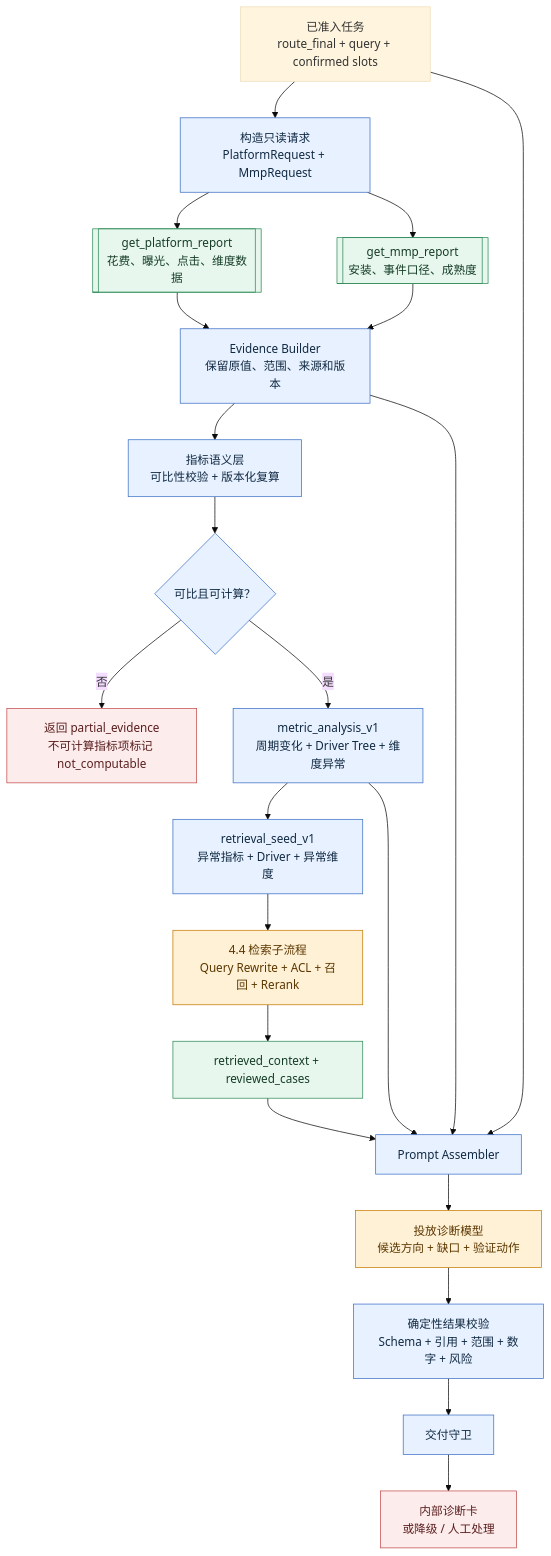
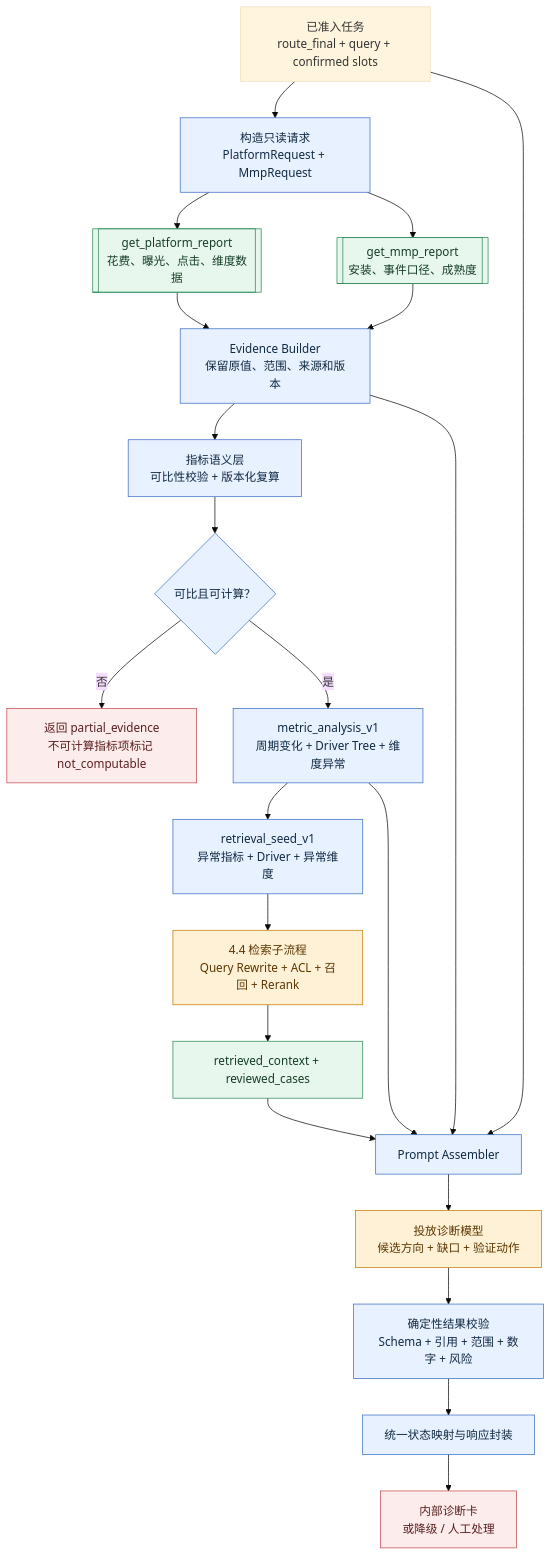
Before and after one commit to linkaka970105/ai-pm-adops-copilot: the sixth of 10 diagrams in 03_prd/adops_attribution_layered_prd_v5/00-ai-prd-full.md, drawn with Mermaid (base theme). The commit also changed other lines of this file and 3 other files, not shown here.

````diff
--- a/03_prd/adops_attribution_layered_prd_v5/00-ai-prd-full.md
+++ b/03_prd/adops_attribution_layered_prd_v5/00-ai-prd-full.md
@@ -932,32 +927,32 @@
 ```mermaid
 flowchart TD
   A["已准入任务<br/>route_final + query + confirmed slots"] --> B["构造只读请求<br/>PlatformRequest + MmpRequest"]
   B --> C1[["get_platform_report<br/>花费、曝光、点击、维度数据"]]
   B --> C2[["get_mmp_report<br/>安装、事件口径、成熟度"]]
   C1 --> D["Evidence Builder<br/>保留原值、范围、来源和版本"]
   C2 --> D
   D --> E["指标语义层<br/>可比性校验 + 版本化复算"]
   E --> F{"可比且可计算？"}
   F -->|否| F1["返回 partial_evidence<br/>不可计算指标项标记 not_computable"]
   F -->|是| G["metric_analysis_v1<br/>周期变化 + Driver Tree + 维度异常"]
   G --> H["retrieval_seed_v1<br/>异常指标 + Driver + 异常维度"]
   H --> I["4.4 检索子流程<br/>Query Rewrite + ACL + 召回 + Rerank"]
   I --> J["retrieved_context + reviewed_cases"]
   A --> K["Prompt Assembler"]
   D --> K
   G --> K
   J --> K
   K --> L["投放诊断模型<br/>候选方向 + 缺口 + 验证动作"]
   L --> M["确定性结果校验<br/>Schema + 引用 + 范围 + 数字 + 风险"]
-  M --> N["交付守卫"]
+  M --> N["统一状态映射与响应封装"]
   N --> O["内部诊断卡<br/>或降级 / 人工处理"]
 
   classDef deterministic fill:#E8F1FF,stroke:#3B6FC4,color:#102A43;
   classDef model fill:#FFF1D6,stroke:#C77A00,color:#5C3700;
   classDef data fill:#E8F7EE,stroke:#2E8B57,color:#153D26;
   classDef stop fill:#FDECEC,stroke:#C44B4B,color:#5A1F1F;
   class B,D,E,F,G,H,K,M,N deterministic;
   class I,L model;
   class C1,C2,J data;
   class F1,O stop;
 ```
````
